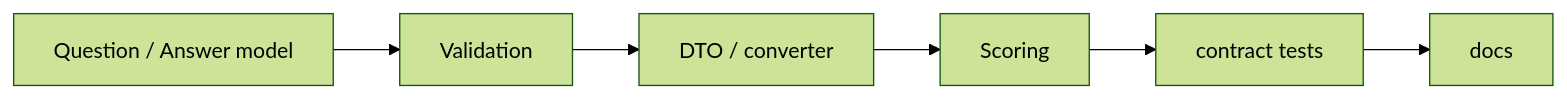
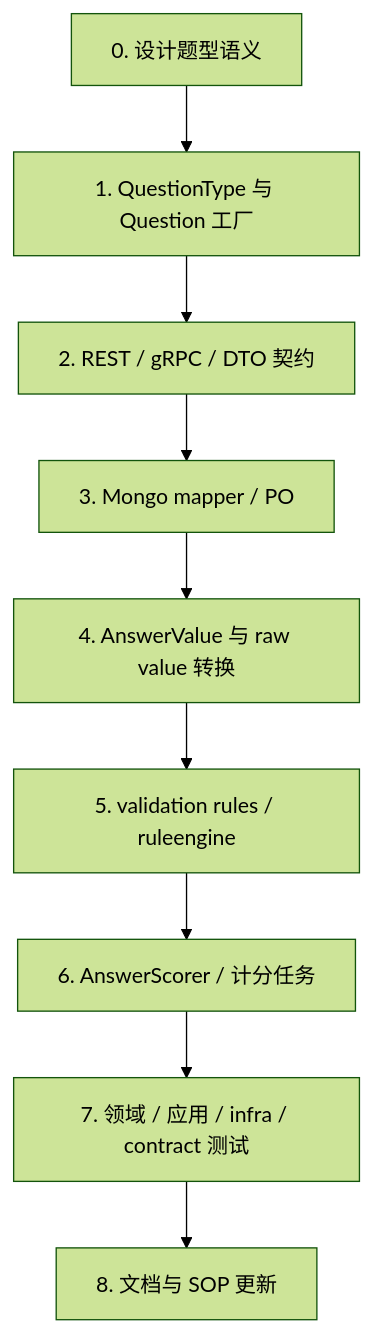
One commit to FangcunMount/qs-server changed the diagram in docs/02-业务模块/survey/05-新增题型SOP.md. Above: the diagram before and after it, drawn with Mermaid (forest theme). The commit also changed other lines of this file and 7 other files, not shown here.

````diff
--- a/docs/02-业务模块/survey/05-新增题型SOP.md
+++ b/docs/02-业务模块/survey/05-新增题型SOP.md
@@ -9,11 +64,11 @@
 ```mermaid
-flowchart LR
-    model["Question / Answer model"]
-    validation["Validation"]
-    dto["DTO / converter"]
-    score["Scoring"]
-    tests["contract tests"]
-    docs["docs"]
-
-    model --> validation --> dto --> score --> tests --> docs
+flowchart TB
+    design["0. 设计题型语义"] --> qtype["1. QuestionType 与 Question 工厂"]
+    qtype --> contract["2. REST / gRPC / DTO 契约"]
+    contract --> mapper["3. Mongo mapper / PO"]
+    mapper --> answerValue["4. AnswerValue 与 raw value 转换"]
+    answerValue --> validation["5. validation rules / ruleengine"]
+    validation --> scoring["6. AnswerScorer / 计分任务"]
+    scoring --> tests["7. 领域 / 应用 / infra / contract 测试"]
+    tests --> docs["8. 文档与 SOP 更新"]
 ```
````
